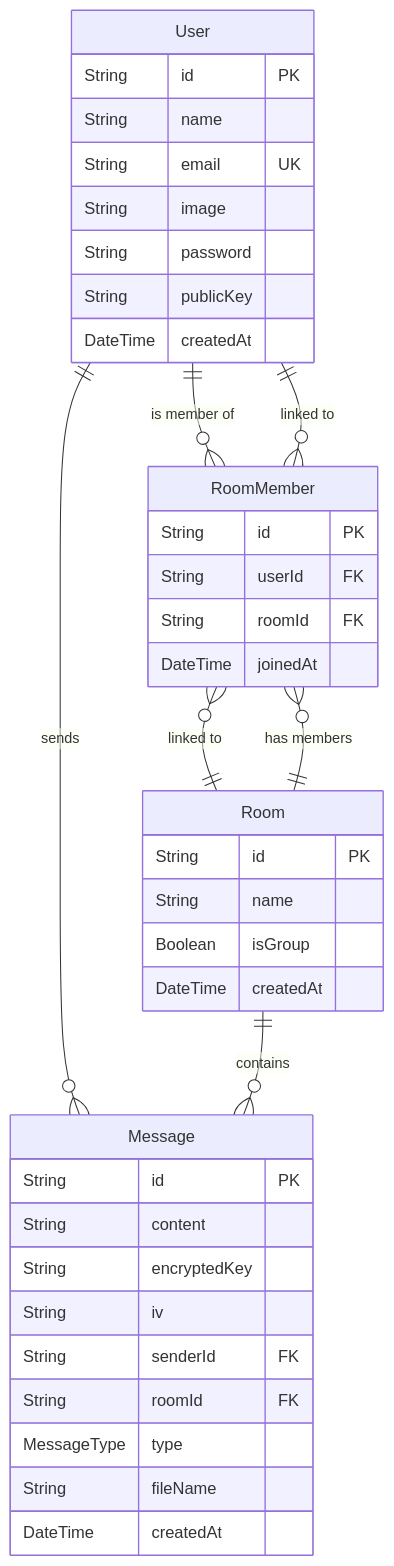
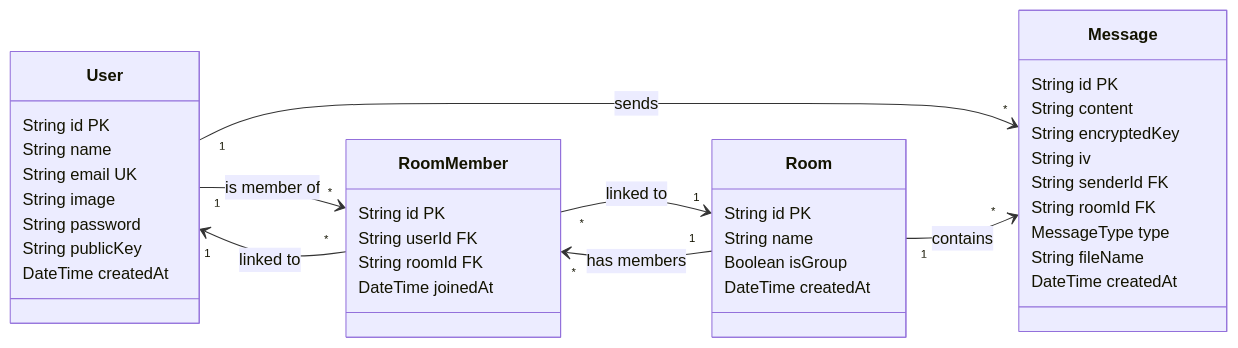
One commit to Yaiphaba189/chat-app changed the fourth of 5 diagrams in PROJECT_REPORT.md. Above: the diagram before and after it, drawn with Mermaid. The commit also changed other lines of this file, not shown here.

````diff
--- a/PROJECT_REPORT.md
+++ b/PROJECT_REPORT.md
@@ -164,47 +164,49 @@
 ```mermaid
-erDiagram
-    User {
+classDiagram
+    direction LR
+
+    class User {
         String id PK
         String name
         String email UK
         String image
         String password
         String publicKey
         DateTime createdAt
     }
 
-    Room {
+    class Room {
         String id PK
         String name
         Boolean isGroup
         DateTime createdAt
     }
 
-    RoomMember {
+    class RoomMember {
         String id PK
         String userId FK
         String roomId FK
         DateTime joinedAt
     }
 
-    Message {
+    class Message {
         String id PK
         String content
         String encryptedKey
         String iv
         String senderId FK
         String roomId FK
         MessageType type
         String fileName
         DateTime createdAt
     }
 
-    User ||--o{ RoomMember : "is member of"
-    User ||--o{ Message : "sends"
+    User "1" --> "*" RoomMember : is member of
+    User "1" --> "*" Message : sends
 
-    Room ||--o{ RoomMember : "has members"
-    Room ||--o{ Message : "contains"
+    Room "1" --> "*" RoomMember : has members
+    Room "1" --> "*" Message : contains
 
-    RoomMember }o--|| User : "linked to"
-    RoomMember }o--|| Room : "linked to"
+    RoomMember "*" --> "1" User : linked to
+    RoomMember "*" --> "1" Room : linked to
 ```
````
